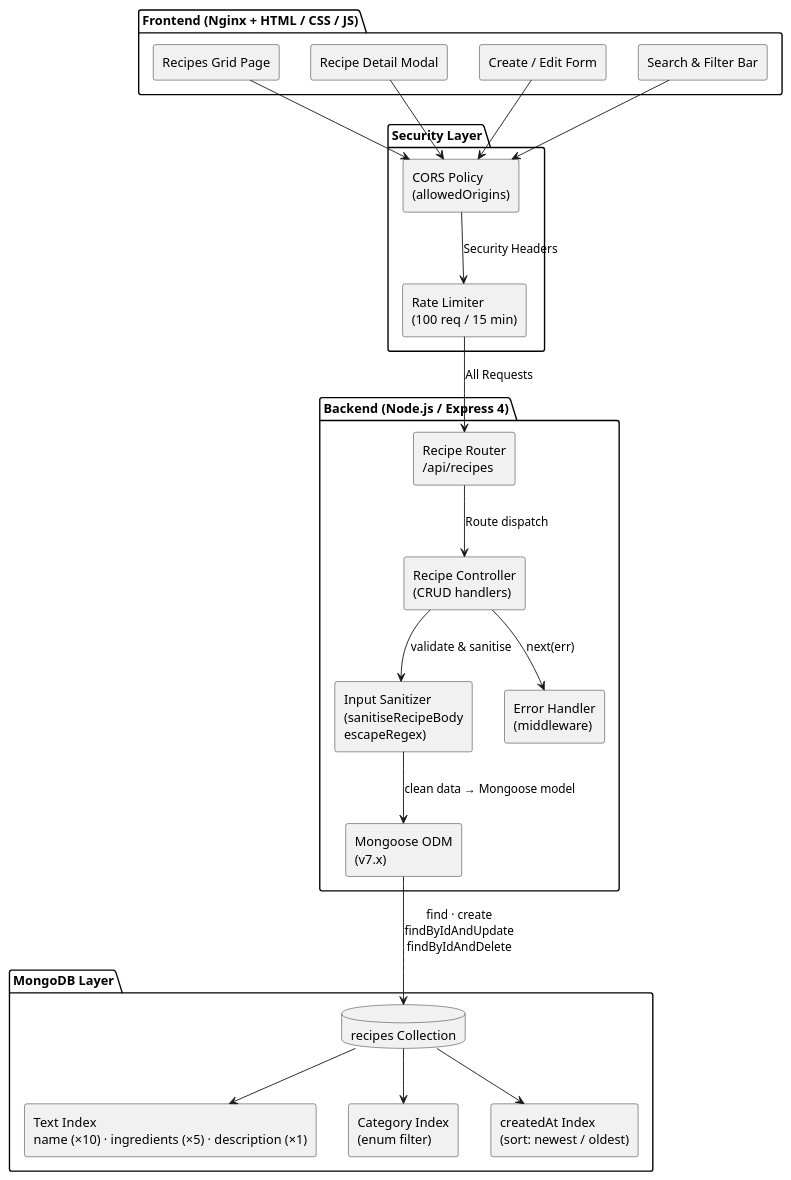
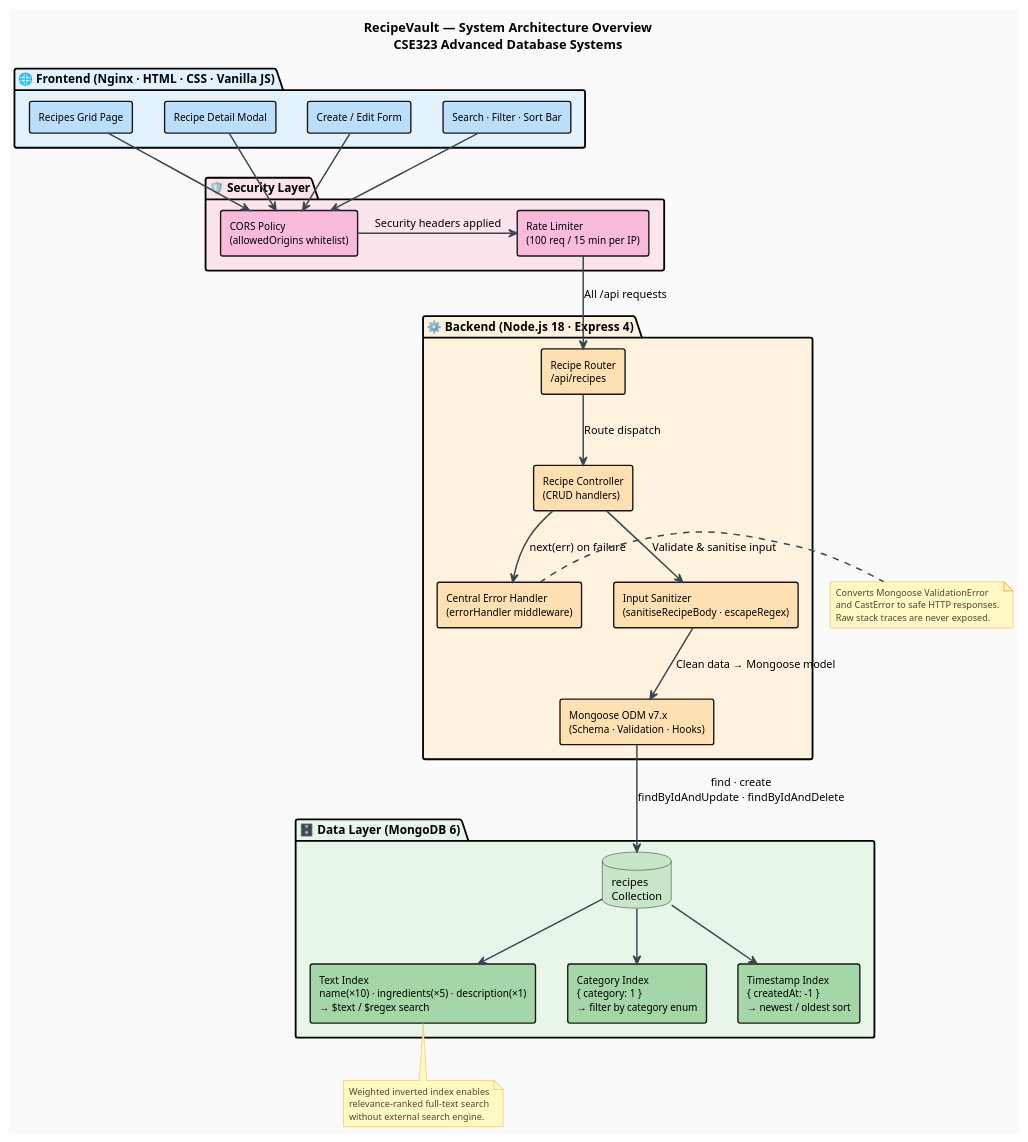
The fourth of 8 diagrams in DOCUMENTATION.md (ArwaMohey/ADB-Project), drawn with PlantUML before and after one commit. The commit also changed other lines of this file and 1 other file, not shown here.

First line of the commit message:
Add PRESENTATION.md, enhance DOCUMENTATION.md, and upgrade all PlantUML diagrams to professional color themes

````diff
--- a/DOCUMENTATION.md
+++ b/DOCUMENTATION.md
@@ -239,56 +413,92 @@
 ```plantuml
 @startuml RecipeVault_Architecture
-skinparam monochrome true
+
+title RecipeVault — System Architecture Overview\nCSE323 Advanced Database Systems
+
+skinparam backgroundColor #FAFAFA
+skinparam defaultFontName Arial
+skinparam defaultFontSize 12
 skinparam componentStyle rectangle
+
 skinparam package {
-  FontStyle bold
+  FontStyle       bold
+  FontSize        13
+  BorderThickness 2
 }
 
-package "Frontend (Nginx + HTML / CSS / JS)" {
-  [Recipes Grid Page]    as PG
-  [Recipe Detail Modal]  as PD
-  [Create / Edit Form]   as PF
-  [Search & Filter Bar]  as PS
+skinparam component {
+  FontSize        11
+  BorderThickness 1.5
 }
 
-package "Security Layer" {
-  [CORS Policy\n(allowedOrigins)]          as CORS
-  [Rate Limiter\n(100 req / 15 min)]       as RL
+skinparam ArrowColor     #37474F
+skinparam ArrowThickness 1.6
+
+skinparam note {
+  BackgroundColor #FFF9C4
+  BorderColor     #F9A825
+  FontColor       #5D4037
+  FontSize        10
 }
 
-package "Backend (Node.js / Express 4)" {
-  [Recipe Router\n/api/recipes]            as Router
-  [Recipe Controller\n(CRUD handlers)]     as Ctrl
-  [Input Sanitizer\n(sanitiseRecipeBody\nescapeRegex)]  as San
-  [Mongoose ODM\n(v7.x)]                   as ODM
-  [Error Handler\n(middleware)]            as EH
+package "🌐  Frontend  (Nginx · HTML · CSS · Vanilla JS)" #E3F2FD {
+  [Recipes Grid Page]         as PG  #BBDEFB
+  [Recipe Detail Modal]       as PD  #BBDEFB
+  [Create / Edit Form]        as PF  #BBDEFB
+  [Search · Filter · Sort Bar] as PS  #BBDEFB
 }
 
-package "MongoDB Layer" {
-  database "recipes Collection" as Col
-  [Text Index\nname (×10) · ingredients (×5) · description (×1)] as TI
-  [Category Index\n(enum filter)]          as CI
-  [createdAt Index\n(sort: newest / oldest)] as DI
+package "🛡️  Security Layer" #FCE4EC {
+  [CORS Policy\n(allowedOrigins whitelist)]        as CORS  #F8BBD9
+  [Rate Limiter\n(100 req / 15 min per IP)]        as RL    #F8BBD9
 }
 
-PG  --> CORS
-PD  --> CORS
-PF  --> CORS
-PS  --> CORS
+package "⚙️  Backend  (Node.js 18 · Express 4)" #FFF3E0 {
+  [Recipe Router\n/api/recipes]                    as Router  #FFE0B2
+  [Recipe Controller\n(CRUD handlers)]             as Ctrl    #FFE0B2
+  [Input Sanitizer\n(sanitiseRecipeBody · escapeRegex)] as San #FFE0B2
+  [Mongoose ODM v7.x\n(Schema · Validation · Hooks)] as ODM  #FFE0B2
+  [Central Error Handler\n(errorHandler middleware)] as EH   #FFE0B2
+}
 
-CORS --> RL       : Security Headers
-RL   --> Router   : All Requests
+package "🗄️  Data Layer  (MongoDB 6)" #E8F5E9 {
+  database "recipes\nCollection" as Col  #C8E6C9
 
-Router --> Ctrl   : Route dispatch
-Ctrl   --> San    : validate & sanitise
-San    --> ODM    : clean data → Mongoose model
-ODM    --> Col    : find · create\nfindByIdAndUpdate\nfindByIdAndDelete
+  [Text Index\nname(×10) · ingredients(×5) · description(×1)\n→ $text / $regex search] as TI  #A5D6A7
+  [Category Index\n{ category: 1 }\n→ filter by category enum]                          as CI  #A5D6A7
+  [Timestamp Index\n{ createdAt: -1 }\n→ newest / oldest sort]                          as DI  #A5D6A7
+}
+
+PG  -down-> CORS
+PD  -down-> CORS
+PF  -down-> CORS
+PS  -down-> CORS
+
+CORS -right-> RL    : Security headers applied
+RL   -down->  Router : All /api requests
+
+Router -down-> Ctrl  : Route dispatch
+Ctrl   -down-> San   : Validate & sanitise input
+San    -down-> ODM   : Clean data → Mongoose model
+ODM    -down-> Col   : find · create\nfindByIdAndUpdate · findByIdAndDelete
 
 Col --> TI
 Col --> CI
 Col --> DI
 
-Ctrl --> EH : next(err)
+Ctrl --> EH : next(err) on failure
+
+note right of EH
+  Converts Mongoose ValidationError
+  and CastError to safe HTTP responses.
+  Raw stack traces are never exposed.
+end note
+
+note bottom of TI
+  Weighted inverted index enables
+  relevance-ranked full-text search
+  without external search engine.
+end note
 
 @enduml
 ```
````
